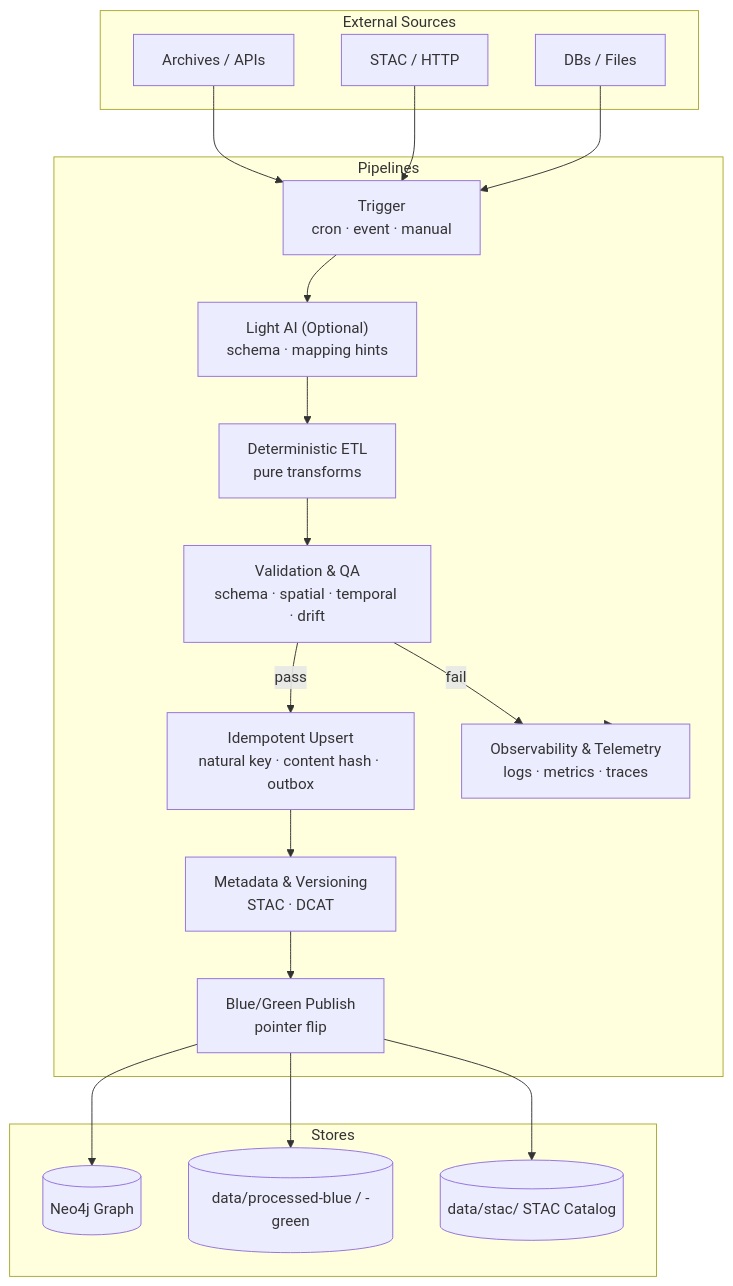
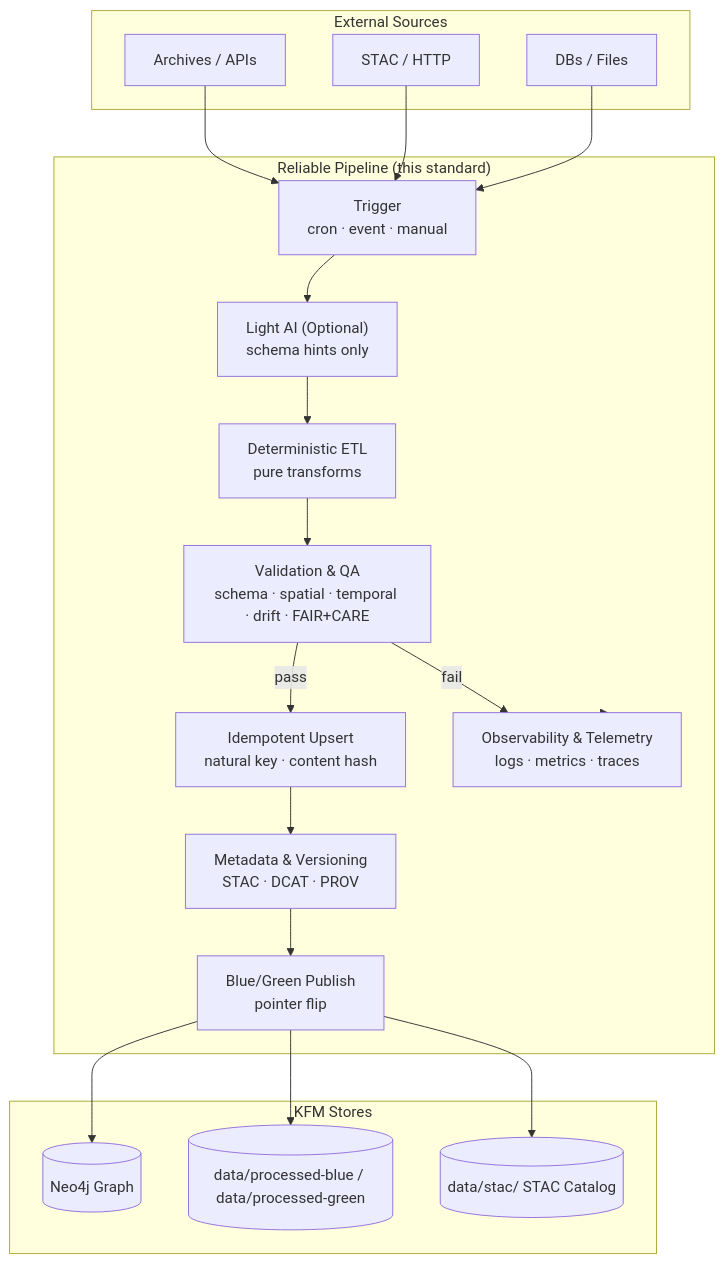
One commit to bartytime4life/Kansas-Frontier-Matrix changed the diagram in src/pipelines/architecture/reliable-pipelines.md. Above: the diagram before and after it, drawn with Mermaid. The commit also changed other lines of this file, not shown here.

```diff
--- a/src/pipelines/architecture/reliable-pipelines.md
+++ b/src/pipelines/architecture/reliable-pipelines.md
@@ -162,40 +170,40 @@
-~~~~~mermaid
+~~~mermaid
 flowchart TD
-  subgraph External Sources
+  subgraph External_Sources[External Sources]
     S1["Archives / APIs"]
     S2["STAC / HTTP"]
     S3["DBs / Files"]
   end
 
-  subgraph Pipelines
+  subgraph Pipelines["Reliable Pipeline (this standard)"]
     T["Trigger<br/>cron · event · manual"]
-    AI["Light AI (Optional)<br/>schema · mapping hints"]
+    AI["Light AI (Optional)<br/>schema hints only"]
     E["Deterministic ETL<br/>pure transforms"]
-    V["Validation & QA<br/>schema · spatial · temporal · drift"]
-    U["Idempotent Upsert<br/>natural key · content hash · outbox"]
-    M["Metadata & Versioning<br/>STAC · DCAT"]
+    V["Validation & QA<br/>schema · spatial · temporal · drift · FAIR+CARE"]
+    U["Idempotent Upsert<br/>natural key · content hash"]
+    M["Metadata & Versioning<br/>STAC · DCAT · PROV"]
     B["Blue/Green Publish<br/>pointer flip"]
     O["Observability & Telemetry<br/>logs · metrics · traces"]
   end
 
-  subgraph Stores
+  subgraph Stores["KFM Stores"]
     G[(Neo4j Graph)]
-    D[(data/processed-blue / -green)]
+    D[(data/processed-blue / data/processed-green)]
     C[(data/stac/ STAC Catalog)]
   end
 
   S1 --> T
   S2 --> T
   S3 --> T
   T --> AI
   AI --> E
   E --> V
   V -->|pass| U
   V -->|fail| O
   U --> M
   M --> B
   B --> G
   B --> D
   B --> C
   Pipelines --> O
-~~~~~
+~~~
```
